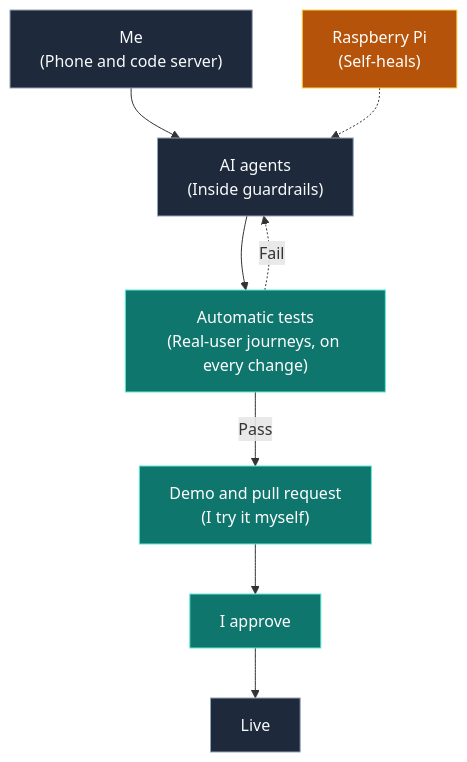
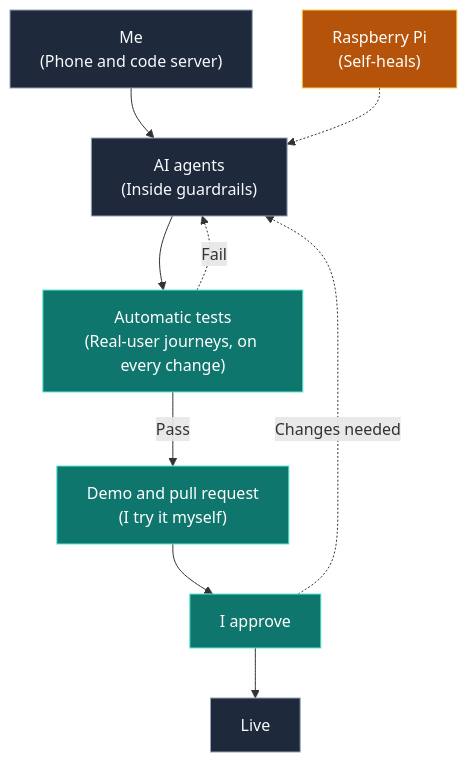
Before and after one commit to murilobellatini/murilobellatini: the first of 2 diagrams in README.md, drawn with Mermaid. The commit also changed other lines of this file and 1 other file, not shown here.

Commit message:
docs: add changes-needed loop and speed line

````diff
--- a/README.md
+++ b/README.md
@@ -132,18 +132,19 @@
 ```mermaid
 flowchart TD
     ME["Me<br>(Phone and code server)"] --> AG["AI agents<br>(Inside guardrails)"]
     AG --> T["Automatic tests<br>(Real-user journeys, on every change)"]
     T -- Pass --> PR["Demo and pull request<br>(I try it myself)"]
     T -. Fail .-> AG
     PR --> OK[I approve]
+    OK -. Changes needed .-> AG
     OK --> LIVE[Live]
 
     PI["Raspberry Pi<br>(Self-heals)"] -.-> AG
 
     classDef flow fill:#1e293b,stroke:#94a3b8,color:#f8fafc;
     classDef gate fill:#0f766e,stroke:#5eead4,color:#ffffff;
     classDef pi fill:#b45309,stroke:#fcd34d,color:#ffffff;
     class ME,AG,LIVE flow;
     class T,PR,OK gate;
     class PI pi;
 ```
````
